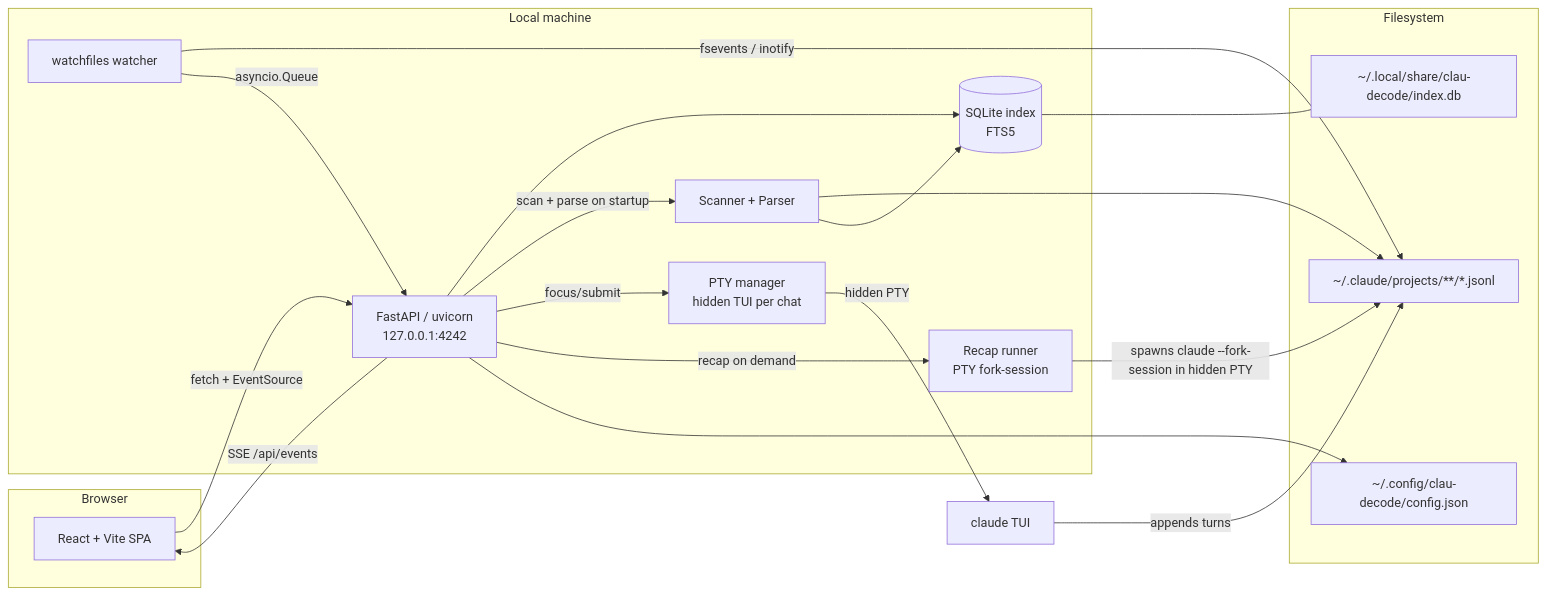
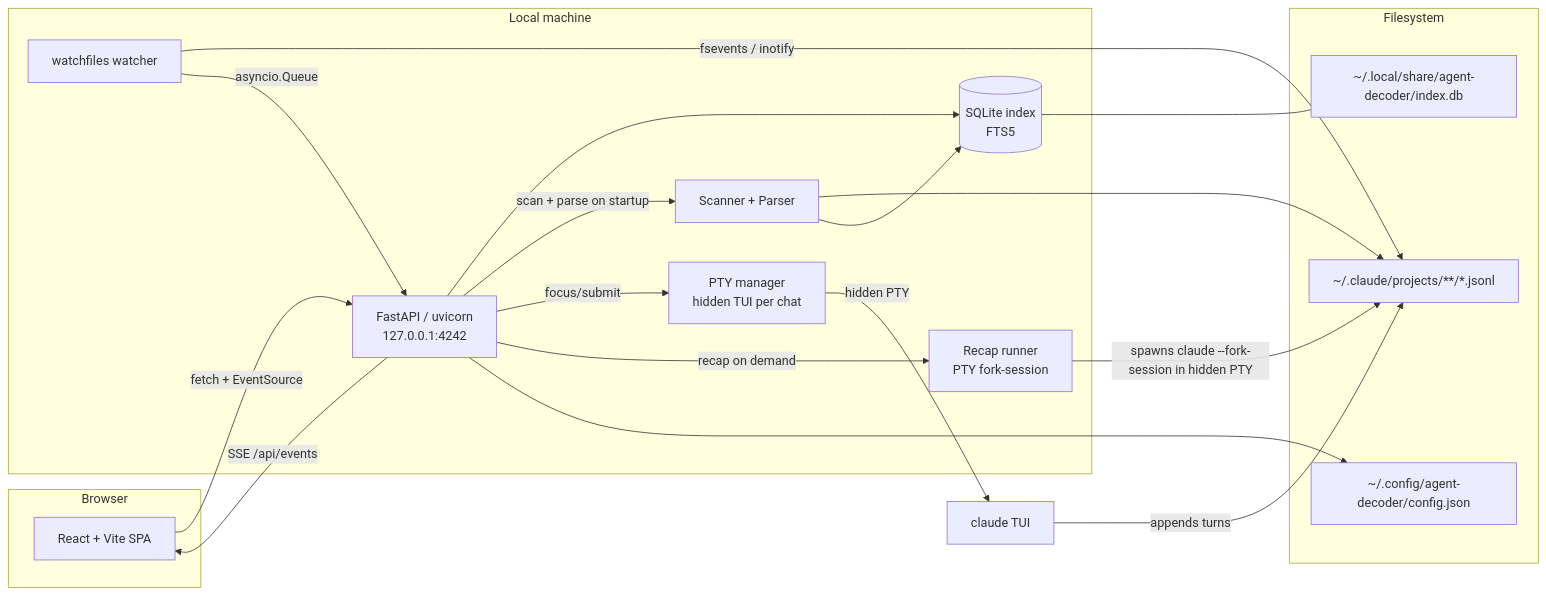
One commit to Comradery64/Agent-Decoder changed the diagram in ARCHITECTURE.md. Above: the diagram before and after it, drawn with Mermaid. The commit also changed other lines of this file and 78 other files, not shown here.

Commit message:
refactor: rename app to Agent Decoder R.I.N.G.; migrate legacy config/DB; rebuild bundle

````diff
--- a/ARCHITECTURE.md
+++ b/ARCHITECTURE.md
@@ -22,37 +22,37 @@
 ```mermaid
 flowchart LR
   subgraph Browser
     SPA[React + Vite SPA]
   end
 
   subgraph LocalMachine[Local machine]
     Server[FastAPI / uvicorn<br/>127.0.0.1:4242]
     DB[(SQLite index<br/>FTS5)]
     Scanner[Scanner + Parser]
     Watcher[watchfiles watcher]
     PtyManager[PTY manager<br/>hidden TUI per chat]
     Recap[Recap runner<br/>PTY fork-session]
   end
 
   subgraph Filesystem[Filesystem]
     JSONL[~/.claude/projects/**/*.jsonl]
-    Cfg[~/.config/clau-decode/config.json]
-    Cache[~/.local/share/clau-decode/index.db]
+    Cfg[~/.config/agent-decoder/config.json]
+    Cache[~/.local/share/agent-decoder/index.db]
   end
 
   SPA -->|fetch + EventSource| Server
   Server --> DB
   Server -->|scan + parse on startup| Scanner
   Scanner --> JSONL
   Scanner --> DB
   Watcher -->|fsevents / inotify| JSONL
   Watcher -->|asyncio.Queue| Server
   Server -->|SSE /api/events| SPA
   Server -->|focus/submit| PtyManager
   PtyManager -->|hidden PTY| ClaudeTUI[claude TUI]
   ClaudeTUI -->|appends turns| JSONL
   Server -->|recap on demand| Recap
   Recap -->|spawns claude --fork-session in hidden PTY| JSONL
   Server --> Cfg
   DB --- Cache
 ```
````
